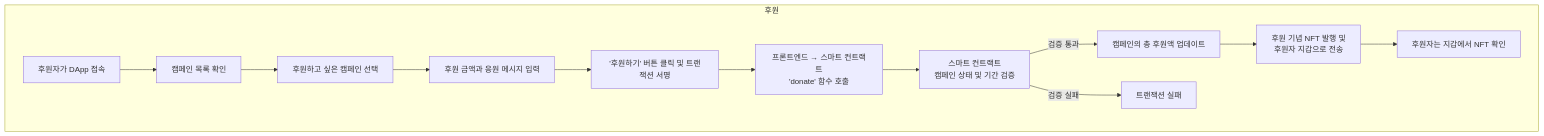
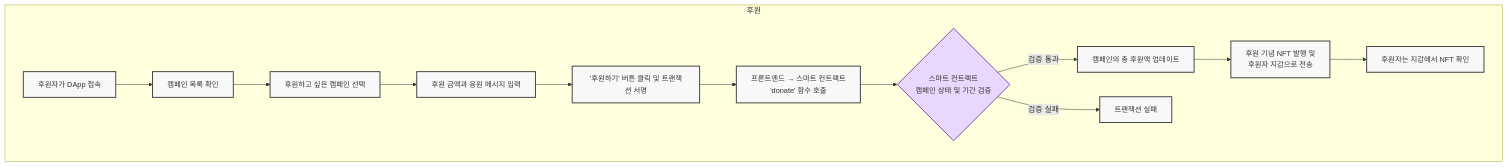
The second of 3 diagrams in 2025-Blockthon.md (dolf3131/2025-Blockthon), drawn with Mermaid before and after one commit. The commit also changed other lines of this file, not shown here.

Commit message:
Update: Mermaid.js

````diff
--- a/2025-Blockthon.md
+++ b/2025-Blockthon.md
@@ -25,15 +31,23 @@
 ```mermaid
 graph TD
     subgraph "후원"
         A[후원자가 DApp 접속] --> B[캠페인 목록 확인];
         B --> C[후원하고 싶은 캠페인 선택];
         C --> D[후원 금액과 응원 메시지 입력];
         D --> E['후원하기' 버튼 클릭 및 트랜잭션 서명];
         E --> F[프론트엔드 → 스마트 컨트랙트<br/>'donate' 함수 호출];
-        F --> G[스마트 컨트랙트<br/>캠페인 상태 및 기간 검증];
+        F --> G{스마트 컨트랙트<br/>캠페인 상태 및 기간 검증};
         G -- 검증 통과 --> H[캠페인의 총 후원액 업데이트];
         H --> I[후원 기념 NFT 발행 및<br/>후원자 지갑으로 전송];
         I --> J[후원자는 지갑에서 NFT 확인];
         G -- 검증 실패 --> K[트랜잭션 실패];
     end
+
+    %% --- 스타일 정의 ---
+    classDef defaultNode fill:#f8f8f8,stroke:#444,stroke-width:2px,font-size:15px
+    classDef conditionNode fill:#e9d8fd,stroke:#8e44ad,stroke-width:2px,font-size:15px
+
+    %% --- 스타일 적용 ---
+    class A,B,C,D,E,F,H,I,J,K defaultNode
+    class G conditionNode
 ```
````
